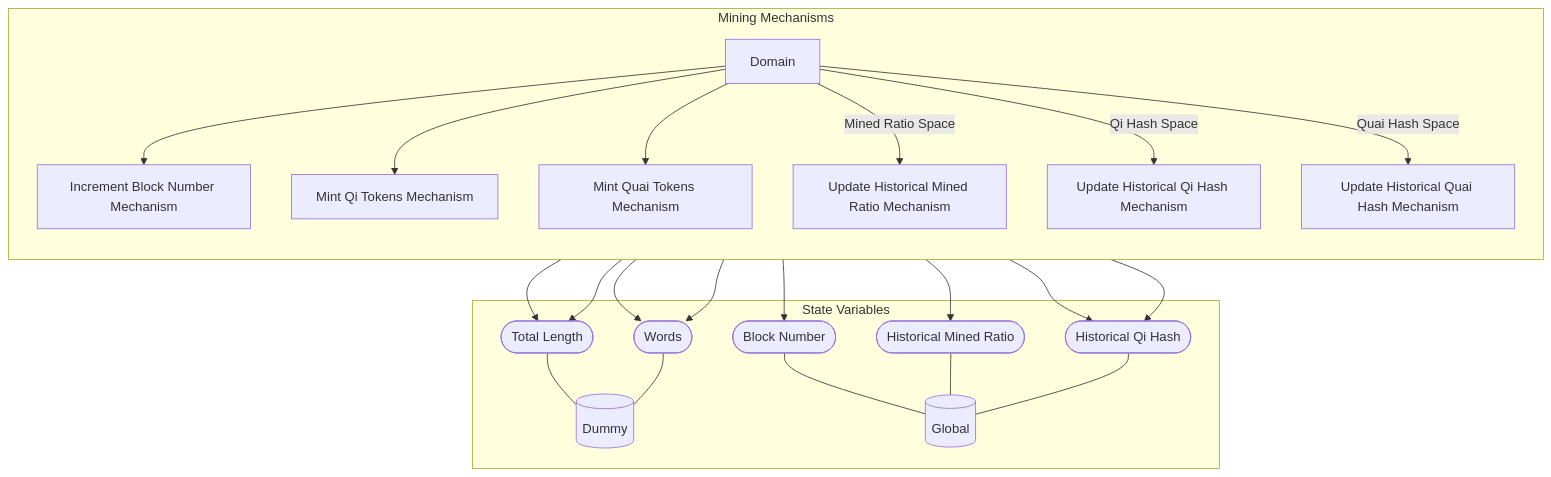
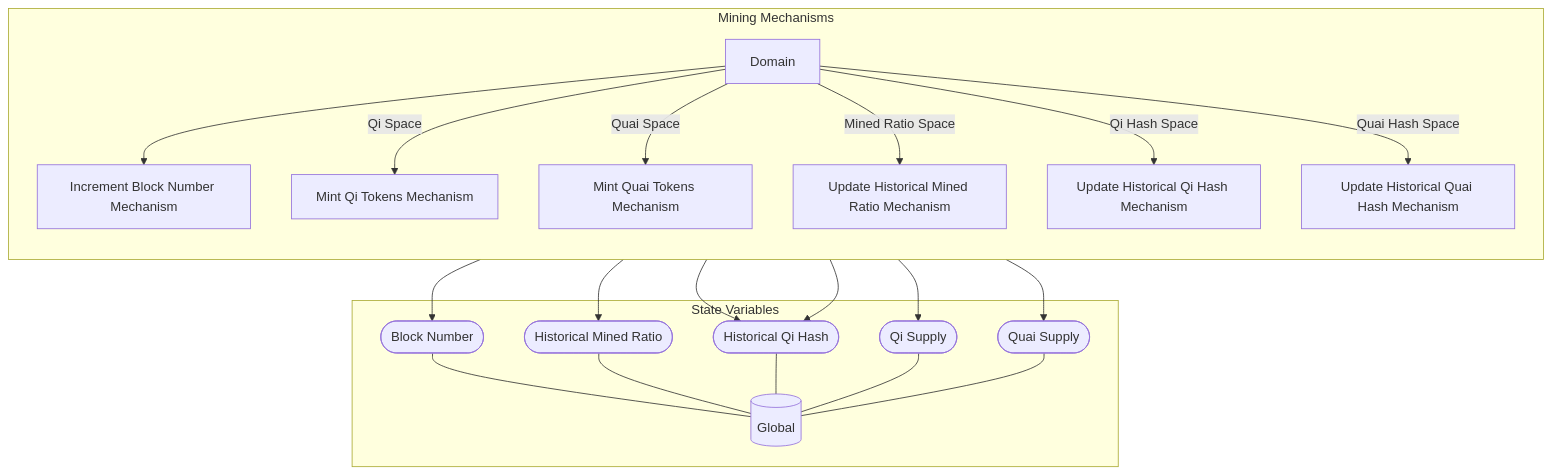
One commit to dominant-strategies/Quai-Macro-Model changed the diagram in Spec/obsidian/Wiring/Mining Mechanisms.md. Above: the diagram before and after it, drawn with Mermaid. The commit also changed other lines of this file and 33 other files, not shown here.

````diff
--- a/Spec/obsidian/Wiring/Mining Mechanisms.md
+++ b/Spec/obsidian/Wiring/Mining Mechanisms.md
@@ -3,46 +3,43 @@
 ```mermaid
 graph TB
 
 subgraph SVS["State Variables"]
-EE0[("Dummy")]
-EE1[("Global")]
-EES0(["Total Length"])
+EE0[("Global")]
+EES0(["Block Number"])
 EES0 --- EE0
-EES1(["Words"])
+EES1(["Historical Mined Ratio"])
 EES1 --- EE0
-EES2(["Block Number"])
-EES2 --- EE1
-EES3(["Historical Mined Ratio"])
-EES3 --- EE1
-EES4(["Historical Qi Hash"])
-EES4 --- EE1
+EES2(["Historical Qi Hash"])
+EES2 --- EE0
+EES3(["Qi Supply"])
+EES3 --- EE0
+EES4(["Quai Supply"])
+EES4 --- EE0
 end
 
 subgraph X9["Mining Mechanisms"]
 direction TB
 X1["Increment Block Number Mechanism"]
-X1 --> EES2
+X1 --> EES0
 X2["Mint Qi Tokens Mechanism"]
-X2 --> EES1
-X2 --> EES0
+X2 --> EES3
 X3["Mint Quai Tokens Mechanism"]
-X3 --> EES1
-X3 --> EES0
+X3 --> EES4
 X4["Update Historical Mined Ratio Mechanism"]
-X4 --> EES3
+X4 --> EES1
 X5["Update Historical Qi Hash Mechanism"]
-X5 --> EES4
+X5 --> EES2
 X6["Update Historical Quai Hash Mechanism"]
-X6 --> EES4
+X6 --> EES2
 X7[Domain]
 
 direction LR
 direction TB
 X7 --> X1
-X7 --> X2
-X7 --> X3
+X7 --"Qi Space"--> X2
+X7 --"Quai Space"--> X3
 X7 --"Mined Ratio Space"--> X4
 X7 --"Qi Hash Space"--> X5
 X7 --"Quai Hash Space"--> X6
 end
 ```
````
